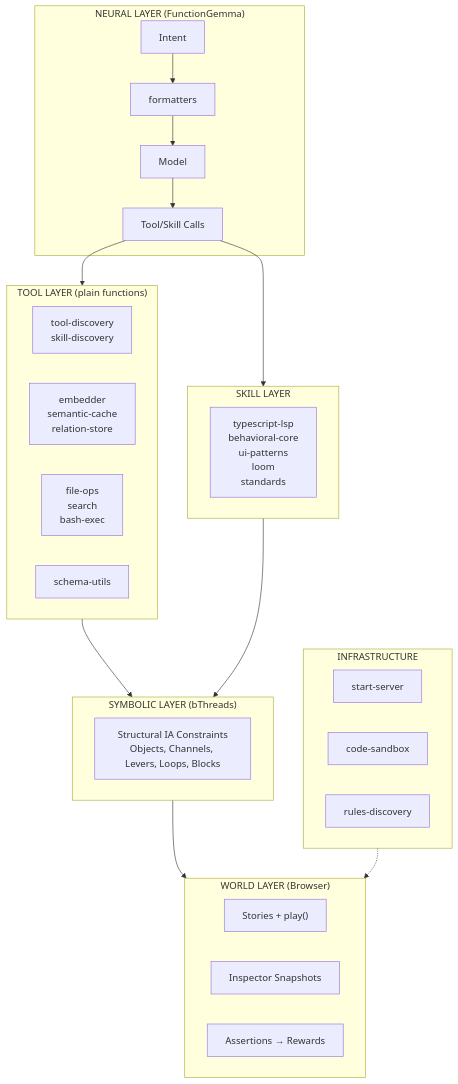
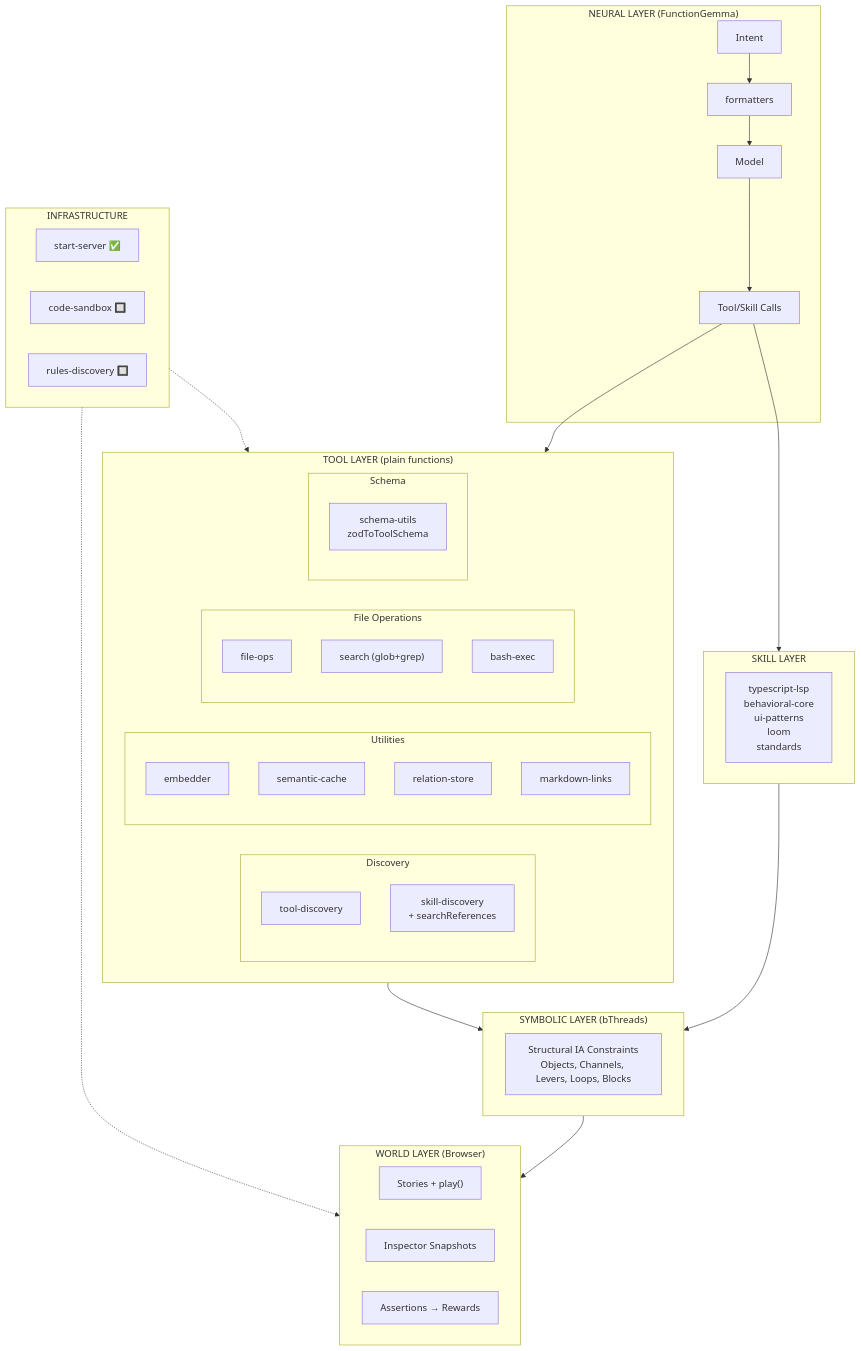
The first of 3 diagrams in PLAITED-AGENT-PLAN.md (plaited/plaited), drawn with Mermaid before and after one commit. The commit also changed other lines of this file, not shown here.

````diff
--- a/PLAITED-AGENT-PLAN.md
+++ b/PLAITED-AGENT-PLAN.md
@@ -14,44 +14,62 @@
 ```mermaid
 flowchart TB
     subgraph Neural["NEURAL LAYER (FunctionGemma)"]
         Intent["Intent"]
         Formatters["formatters"]
         Model["Model"]
         Calls["Tool/Skill Calls"]
         Intent --> Formatters --> Model --> Calls
     end
 
     subgraph Tool["TOOL LAYER (plain functions)"]
-        Discovery["tool-discovery<br/>skill-discovery"]
-        Utils["embedder<br/>semantic-cache<br/>relation-store"]
-        FileOps["file-ops<br/>search<br/>bash-exec"]
-        SchemaUtils["schema-utils"]
+        subgraph Discovery["Discovery"]
+            ToolDisc["tool-discovery"]
+            SkillDisc["skill-discovery<br/>+ searchReferences"]
+        end
+
+        subgraph Utils["Utilities"]
+            Embedder["embedder"]
+            Cache["semantic-cache"]
+            Relations["relation-store"]
+            MdLinks["markdown-links"]
+        end
+
+        subgraph FileTools["File Operations"]
+            FileOps["file-ops"]
+            Search["search (glob+grep)"]
+            BashExec["bash-exec"]
+        end
+
+        subgraph Schema["Schema"]
+            SchemaUtils["schema-utils<br/>zodToToolSchema"]
+        end
     end
 
     subgraph Skill["SKILL LAYER"]
         Skills["typescript-lsp<br/>behavioral-core<br/>ui-patterns<br/>loom<br/>standards"]
     end
 
     subgraph Symbolic["SYMBOLIC LAYER (bThreads)"]
         Constraints["Structural IA Constraints<br/>Objects, Channels, Levers, Loops, Blocks"]
     end
 
     subgraph World["WORLD LAYER (Browser)"]
         Stories["Stories + play()"]
         Inspector["Inspector Snapshots"]
         Assertions["Assertions → Rewards"]
     end
 
     subgraph Infra["INFRASTRUCTURE"]
-        StartServer["start-server"]
-        Sandbox["code-sandbox"]
-        RulesDisc["rules-discovery"]
+        StartServer["start-server ✅"]
+        Sandbox["code-sandbox 🔲"]
+        RulesDisc["rules-discovery 🔲"]
     end
 
     Calls --> Tool
     Calls --> Skill
     Tool --> Symbolic
     Skill --> Symbolic
     Symbolic --> World
     Infra -.-> World
+    Infra -.-> Tool
 ```
````
